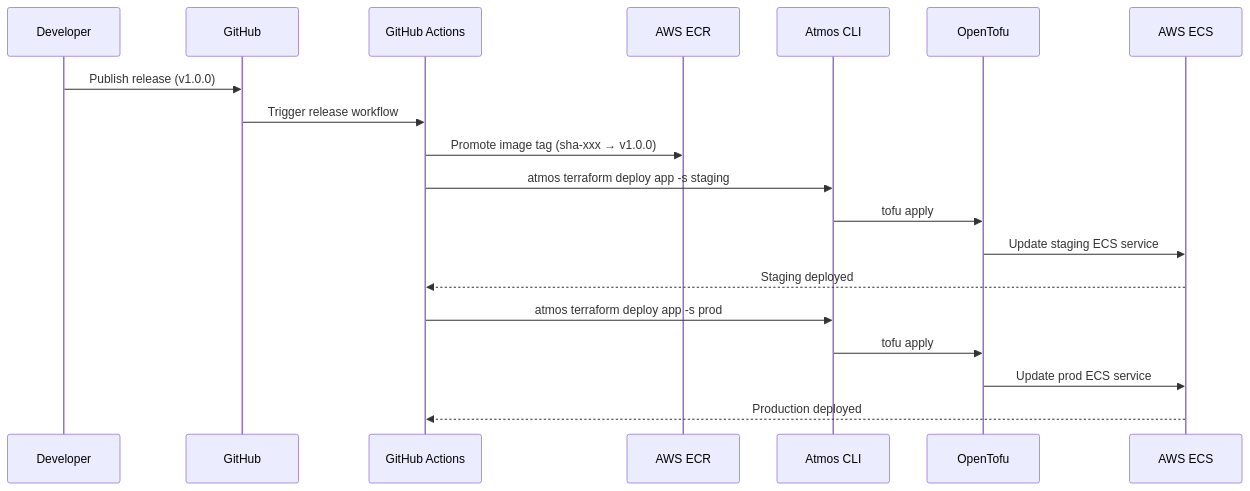
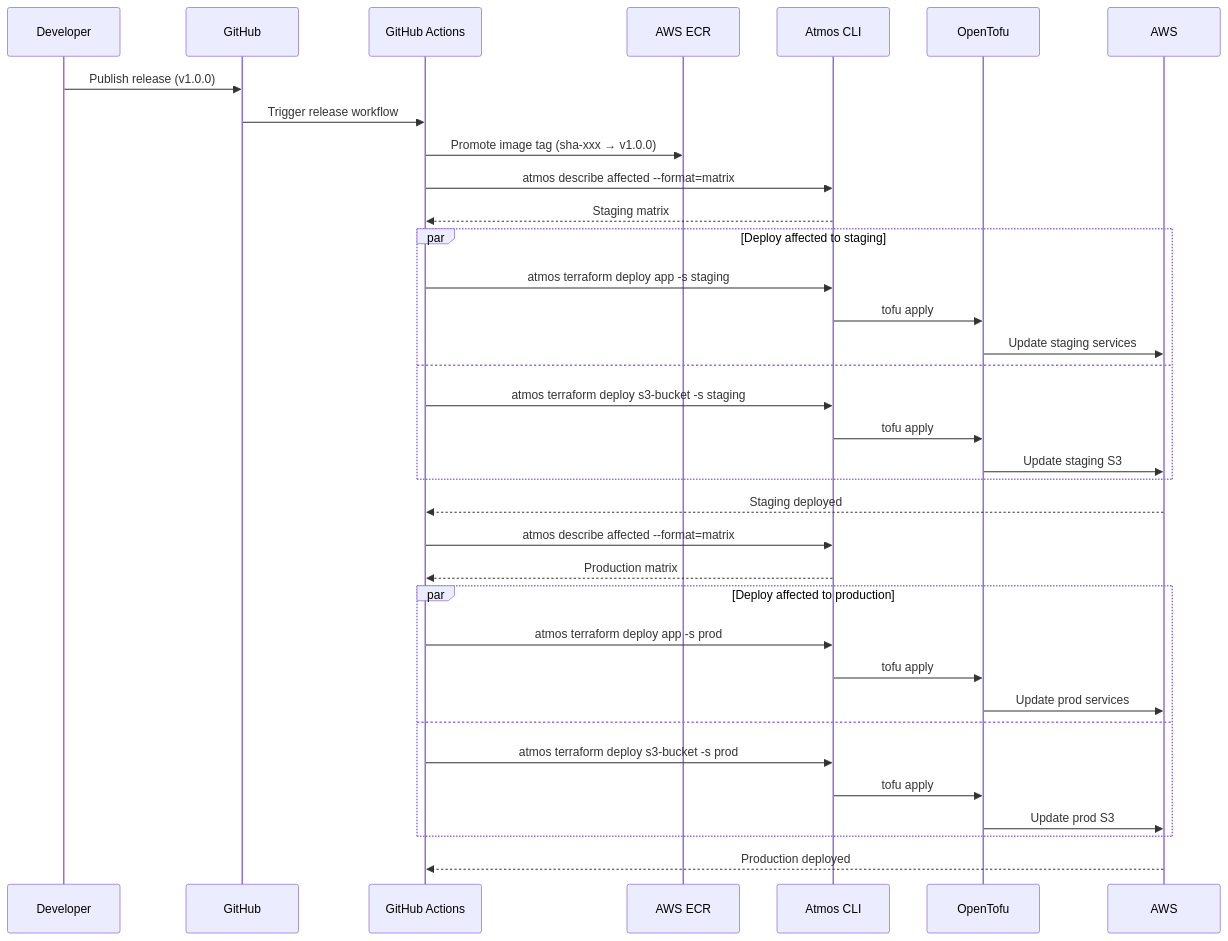
One commit to cloudposse-examples/atmos-native-ci-advanced changed the third of 5 diagrams in .github/workflows/README.md. Above: the diagram before and after it, drawn with Mermaid. The commit also changed other lines of this file and 15 other files, not shown here.

First line of the commit message:
Add S3 source provisioning and affected matrix CI (#1)

````diff
--- a/.github/workflows/README.md
+++ b/.github/workflows/README.md
@@ -39,22 +60,38 @@
 ```mermaid
 sequenceDiagram
     participant Dev as Developer
     participant GH as GitHub
     participant GA as GitHub Actions
     participant ECR as AWS ECR
     participant Atmos as Atmos CLI
     participant TF as OpenTofu
-    participant ECS as AWS ECS
+    participant AWS as AWS
 
     Dev->>GH: Publish release (v1.0.0)
     GH->>GA: Trigger release workflow
     GA->>ECR: Promote image tag (sha-xxx → v1.0.0)
-    GA->>Atmos: atmos terraform deploy app -s staging
-    Atmos->>TF: tofu apply
-    TF->>ECS: Update staging ECS service
-    ECS-->>GA: Staging deployed
-    GA->>Atmos: atmos terraform deploy app -s prod
-    Atmos->>TF: tofu apply
-    TF->>ECS: Update prod ECS service
-    ECS-->>GA: Production deployed
+    GA->>Atmos: atmos describe affected --format=matrix
+    Atmos-->>GA: Staging matrix
+    par Deploy affected to staging
+        GA->>Atmos: atmos terraform deploy app -s staging
+        Atmos->>TF: tofu apply
+        TF->>AWS: Update staging services
+    and
+        GA->>Atmos: atmos terraform deploy s3-bucket -s staging
+        Atmos->>TF: tofu apply
+        TF->>AWS: Update staging S3
+    end
+    AWS-->>GA: Staging deployed
+    GA->>Atmos: atmos describe affected --format=matrix
+    Atmos-->>GA: Production matrix
+    par Deploy affected to production
+        GA->>Atmos: atmos terraform deploy app -s prod
+        Atmos->>TF: tofu apply
+        TF->>AWS: Update prod services
+    and
+        GA->>Atmos: atmos terraform deploy s3-bucket -s prod
+        Atmos->>TF: tofu apply
+        TF->>AWS: Update prod S3
+    end
+    AWS-->>GA: Production deployed
 ```
````
